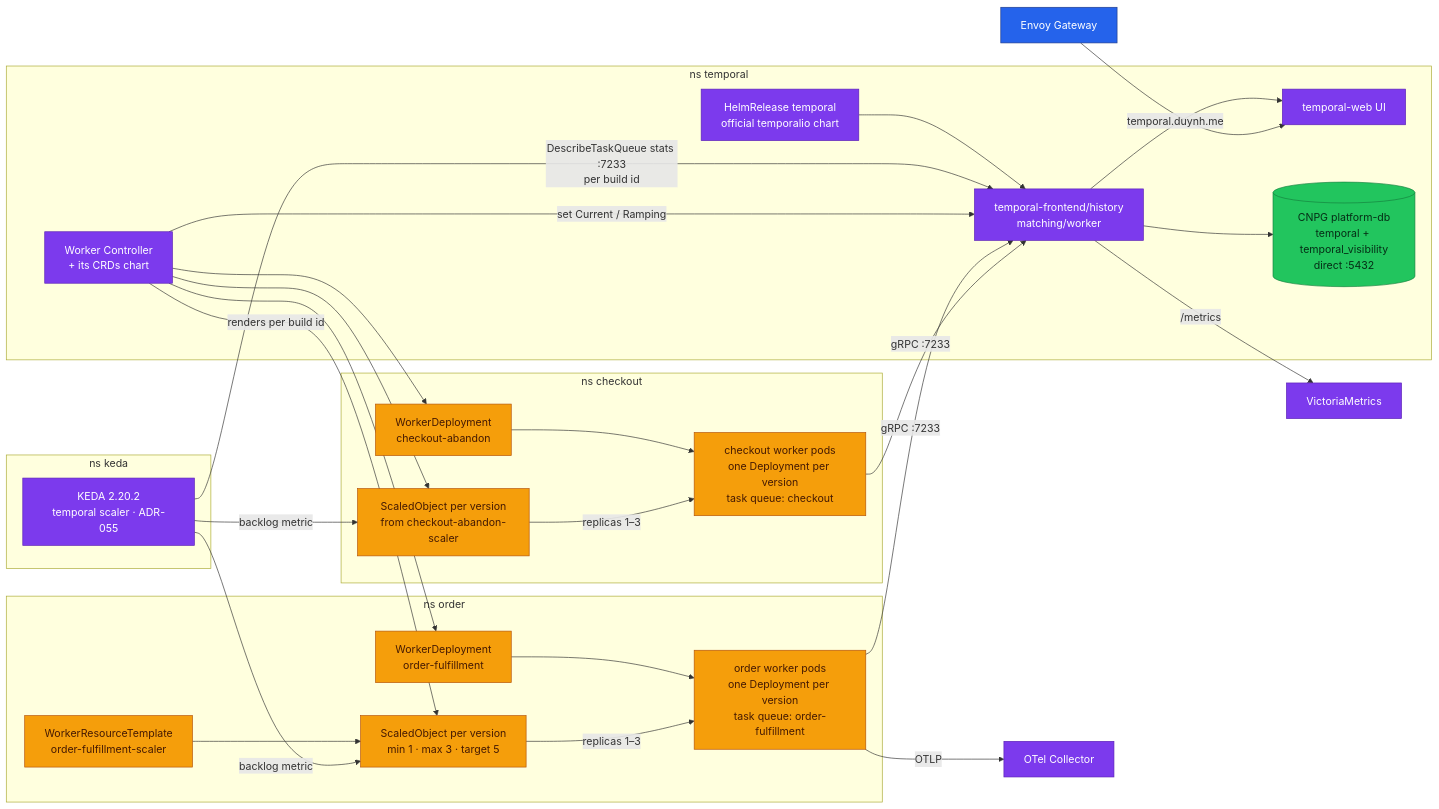
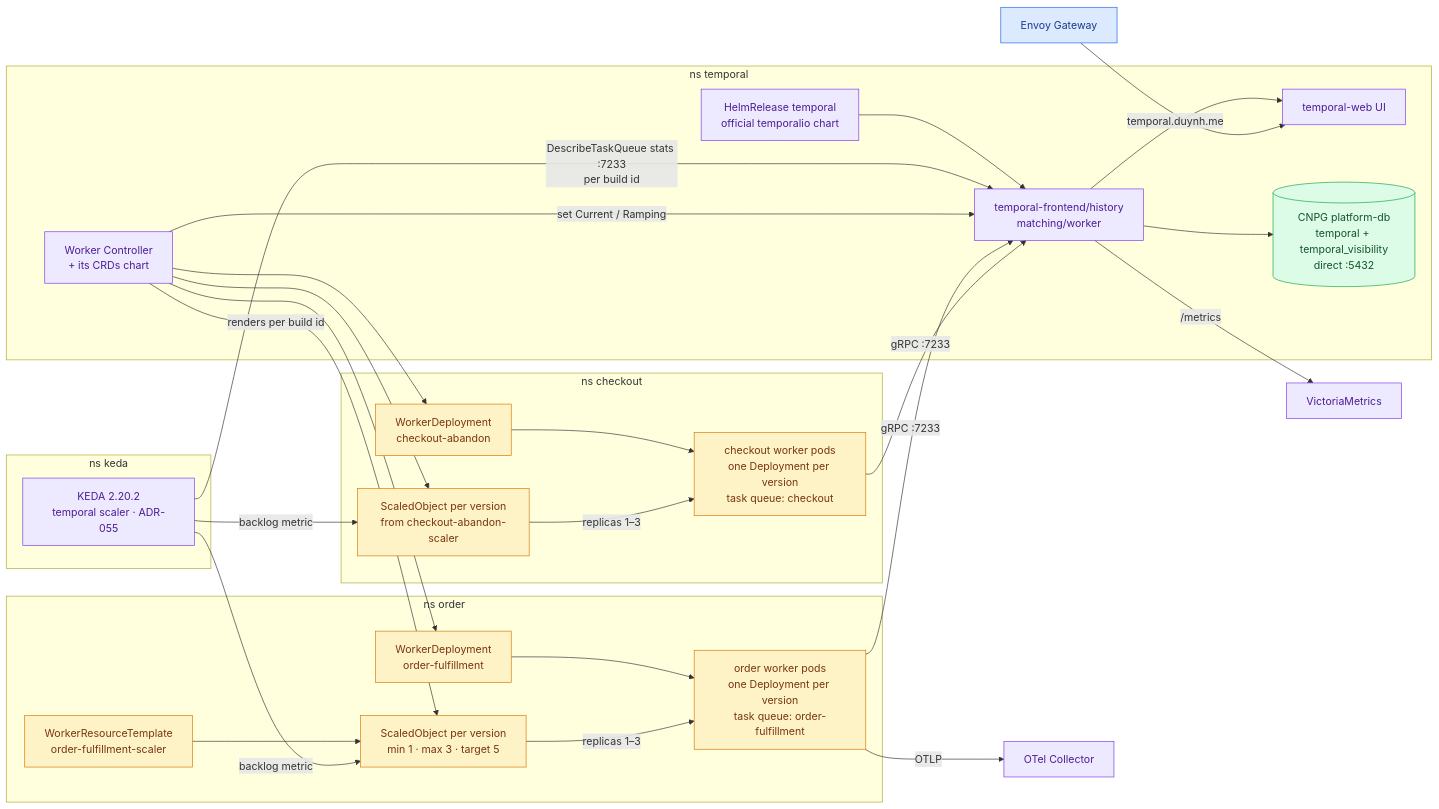
Diagram 18 of 20 in docs/api/temporal.md (duynhlab/homelab), drawn with Mermaid before and after one commit. The commit also changed other lines of this file and 174 other files, not shown here.

First line of the commit message:
Soft-tint diagram palette, a signal-flow diagram, a Linux-ready Draw.io skill

````diff
--- a/docs/api/temporal.md
+++ b/docs/api/temporal.md
@@ -1012,55 +1012,55 @@
 ```mermaid
 flowchart LR
     subgraph ns_temporal[ns temporal]
         HR[HelmRelease temporal<br/>official temporalio chart]
         TC[temporal-frontend/history<br/>matching/worker]
         UI[temporal-web UI]
         TDB[(CNPG platform-db<br/>temporal + temporal_visibility<br/>direct :5432)]
         WC[Worker Controller<br/>+ its CRDs chart]
         HR --> TC
         TC --> TDB
         TC --> UI
     end
     subgraph ns_order[ns order]
         WD[WorkerDeployment<br/>order-fulfillment]
         WRT[WorkerResourceTemplate<br/>order-fulfillment-scaler]
         SO[ScaledObject per version<br/>min 1 · max 3 · target 5]
         OW[order worker pods<br/>one Deployment per version<br/>task queue: order-fulfillment]
     end
     subgraph ns_checkout[ns checkout]
         WDC[WorkerDeployment<br/>checkout-abandon]
         SOC[ScaledObject per version<br/>from checkout-abandon-scaler]
         CW[checkout worker pods<br/>one Deployment per version<br/>task queue: checkout]
     end
     subgraph ns_keda[ns keda]
         KEDA[KEDA 2.20.2<br/>temporal scaler · ADR-055]
     end
     WC --> WD
     WD --> OW
     WC -- "renders per build id" --> SO
     WRT --> SO
     SO -- "replicas 1–3" --> OW
     WC --> WDC
     WDC --> CW
     WC --> SOC
     SOC -- "replicas 1–3" --> CW
     KEDA -- "DescribeTaskQueue stats :7233<br/>per build id" --> TC
     KEDA -- "backlog metric" --> SO
     KEDA -- "backlog metric" --> SOC
     WC -- "set Current / Ramping" --> TC
     OW -- gRPC :7233 --> TC
     CW -- gRPC :7233 --> TC
     Edge[Envoy Gateway] -- temporal.duynh.me --> UI
     TC -- /metrics --> VM[VictoriaMetrics]
     OW -- OTLP --> OTC[OTel Collector]
 
-    classDef edge fill:#2563eb,color:#fff,stroke:#1e3a8a;
-    classDef worker fill:#f59e0b,color:#451a03,stroke:#b45309;
-    classDef platform fill:#7c3aed,color:#fff,stroke:#5b21b6;
-    classDef data fill:#22c55e,color:#052e16,stroke:#15803d;
+    classDef edge fill:#dbeafe,color:#1e3a8a,stroke:#2563eb;
+    classDef worker fill:#fef3c7,color:#78350f,stroke:#d97706;
+    classDef platform fill:#ede9fe,color:#4c1d95,stroke:#7c3aed;
+    classDef data fill:#dcfce7,color:#14532d,stroke:#16a34a;
     class Edge edge;
     class OW worker;
     class HR,TC,UI,VM,OTC,WC,KEDA platform;
     class WD,WRT,SO,WDC,SOC,CW worker;
     class TDB data;
 ```
````
